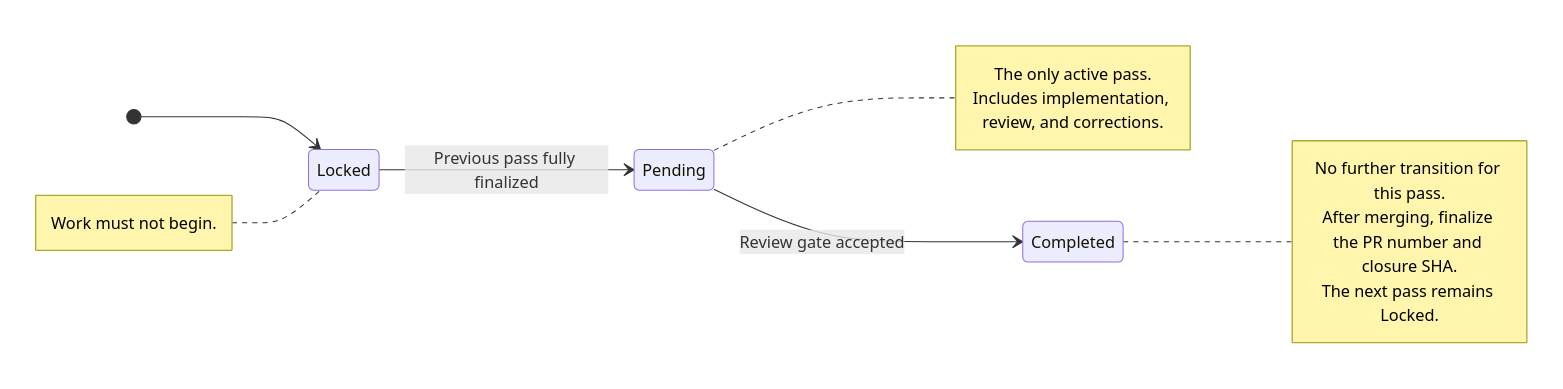
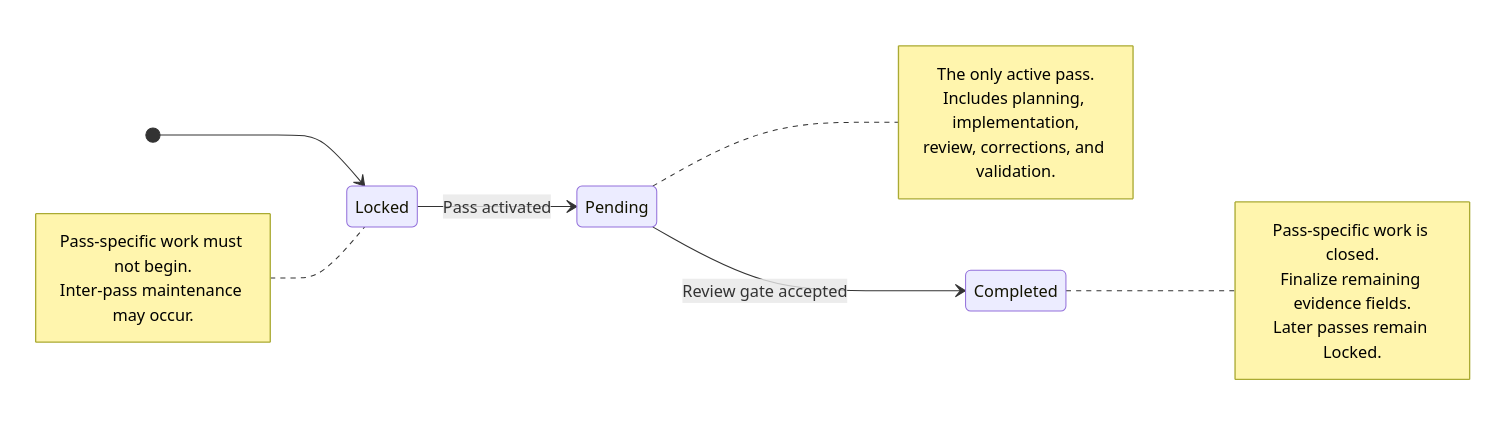
The diagram in evidence-ledger-documentation.md (BionicCode/workflows), drawn with Mermaid before and after one commit. The commit also changed other lines of this file and 1 other file, not shown here.

Commit message:
fix(docs): correct link formatting in repository maintenance backlog

````diff
--- a/evidence-ledger-documentation.md
+++ b/evidence-ledger-documentation.md
@@ -38,23 +102,26 @@
 ```mermaid
 stateDiagram-v2
     direction LR
+
     [*] --> Locked
 
-    Locked --> Pending: Previous pass fully finalized
+    Locked --> Pending: Pass activated
     Pending --> Completed: Review gate accepted
 
     note left of Locked
-        Work must not begin.
+        Pass-specific work must not begin.
+        Inter-pass maintenance may occur.
     end note
 
     note right of Pending
         The only active pass.
-        Includes implementation, review, and corrections.
+        Includes planning, implementation,
+        review, corrections, and validation.
     end note
 
     note right of Completed
-        No further transition for this pass.
-        After merging, finalize the PR number and closure SHA.
-        The next pass remains Locked.
+        Pass-specific work is closed.
+        Finalize remaining evidence fields.
+        Later passes remain Locked.
     end note
 ```
````
